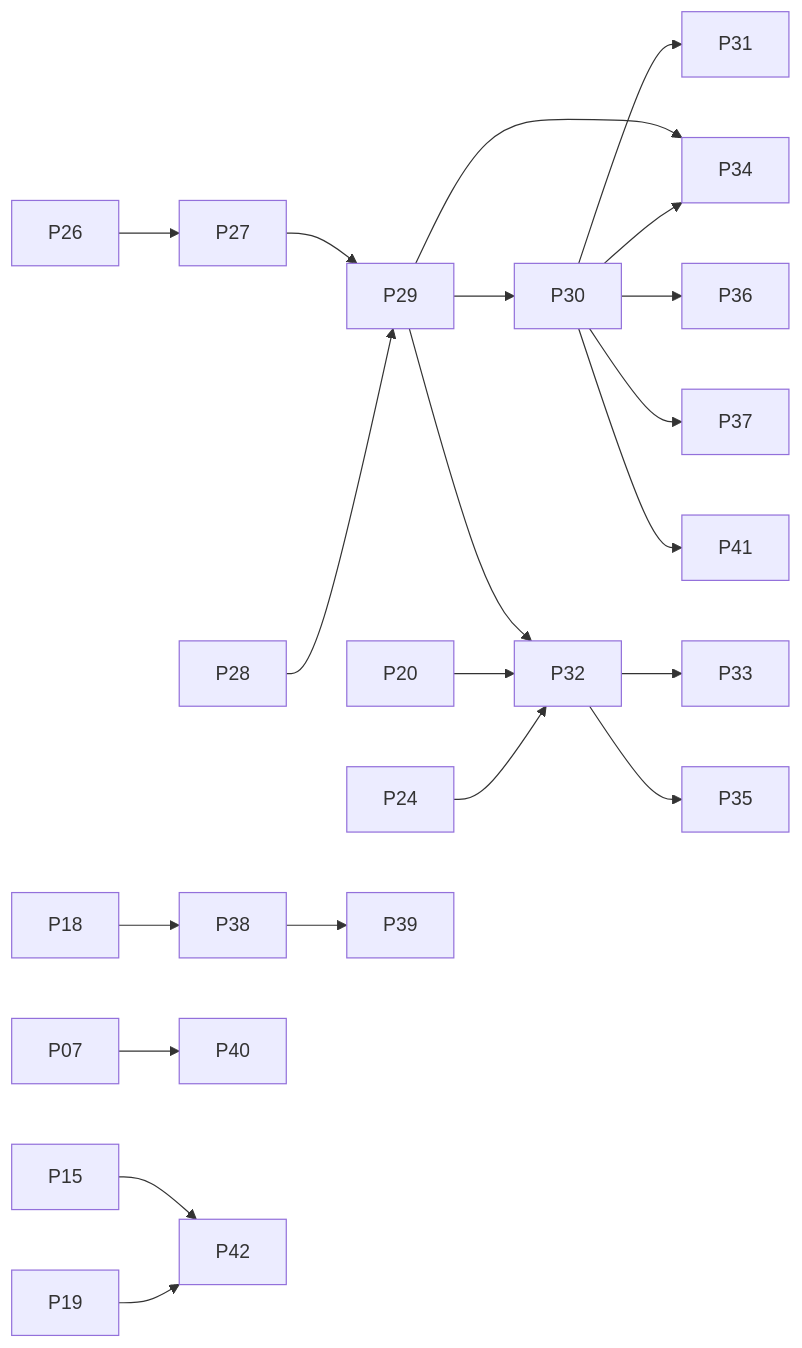
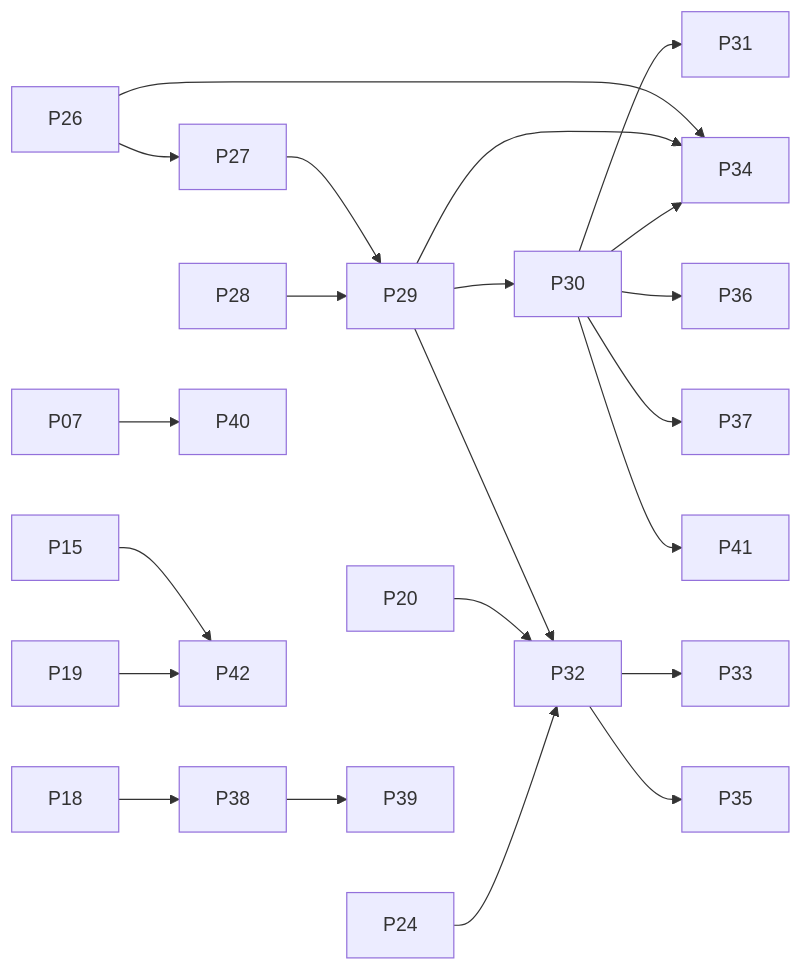
One commit to gabrielvictalino/Case-RocketLab-2026.2 changed the diagram in docs/backlog/portal-leva-2.md. Above: the diagram before and after it, drawn with Mermaid. The commit also changed other lines of this file and 1 other file, not shown here.

````diff
--- a/docs/backlog/portal-leva-2.md
+++ b/docs/backlog/portal-leva-2.md
@@ -109,14 +109,14 @@
 ```mermaid
 flowchart LR
     P26 --> P27 --> P29
     P28 --> P29
     P29 --> P30 --> P31
     P29 --> P32 --> P33
-    P29 & P30 --> P34
+    P26 & P29 & P30 --> P34
     P20 & P24 --> P32
     P30 --> P36 & P37 & P41
     P32 --> P35
     P18 --> P38 --> P39
     P07 --> P40
     P15 & P19 --> P42
 ```
````
